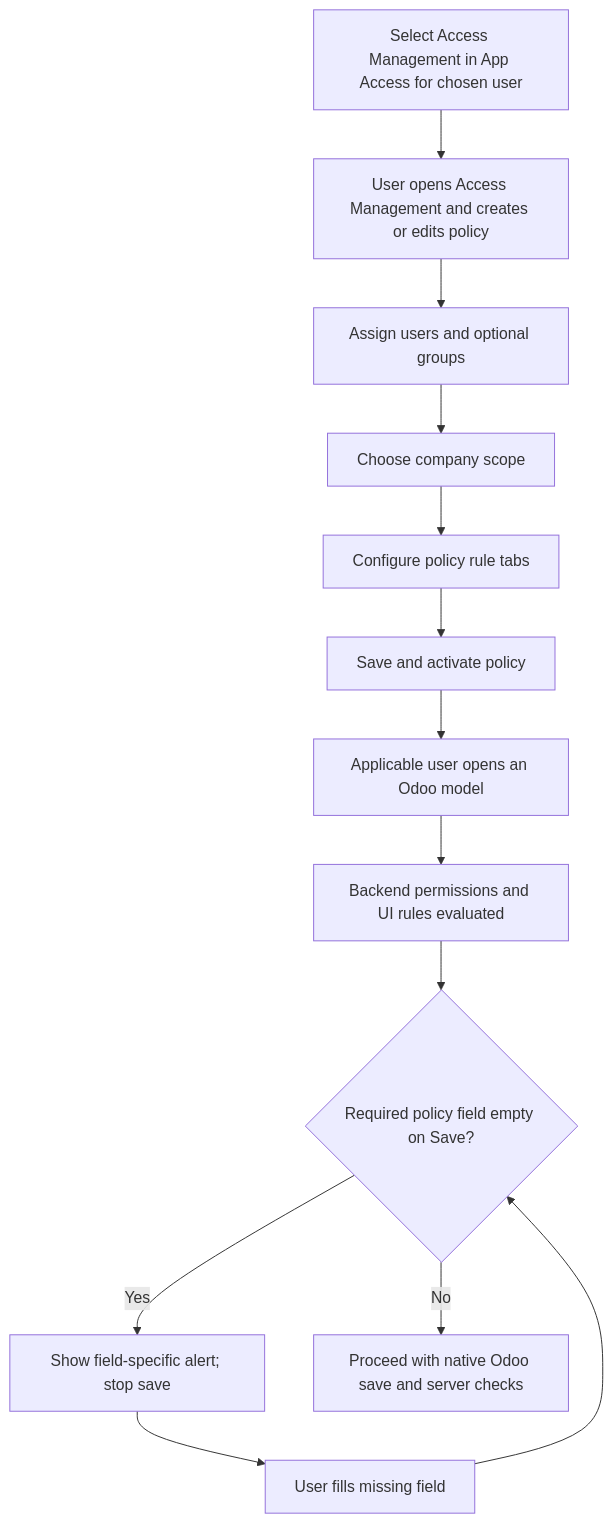
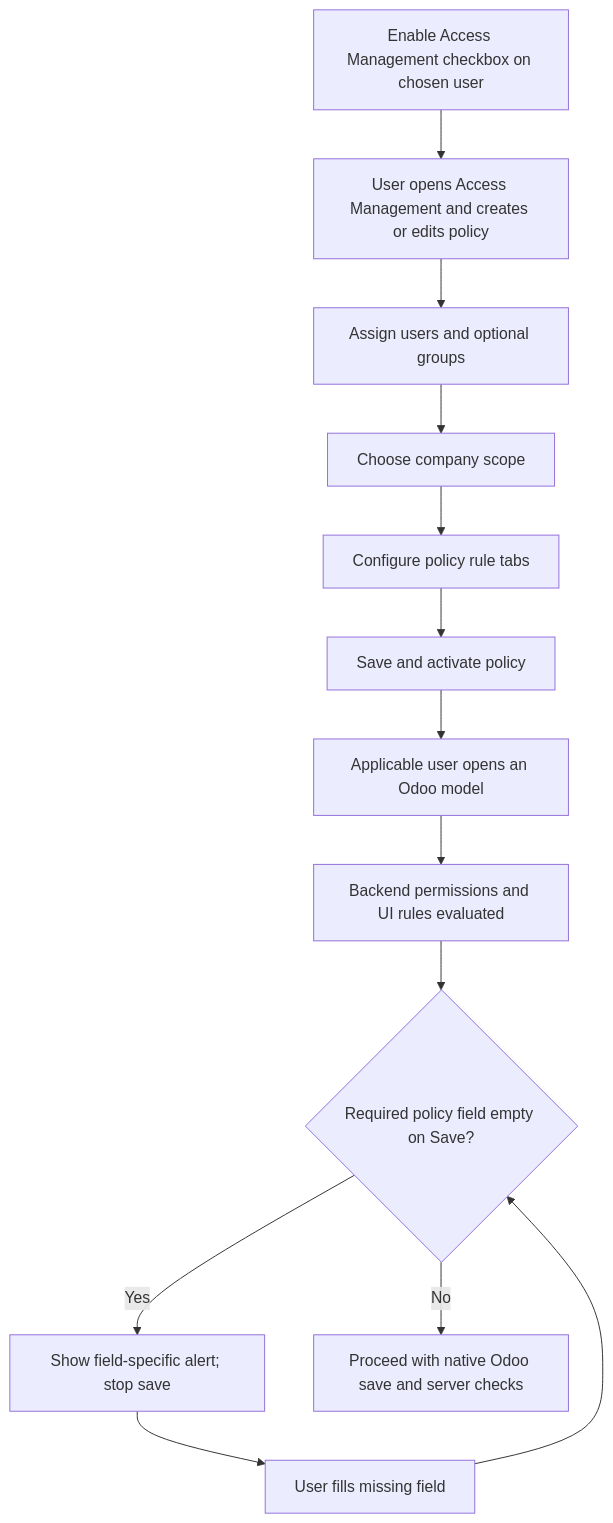
The diagram in permission_manager_basic/README.md (dev-lamia/custom19s), drawn with Mermaid before and after one commit. The commit also changed other lines of this file and 2 other files, not shown here.

````diff
--- a/permission_manager_basic/README.md
+++ b/permission_manager_basic/README.md
@@ -105,15 +104,15 @@
 ```mermaid
 flowchart TD
-    A[Select Access Management in App Access for chosen user] --> B[User opens Access Management and creates or edits policy]
+    A[Enable Access Management checkbox on chosen user] --> B[User opens Access Management and creates or edits policy]
     B --> C[Assign users and optional groups]
     C --> D[Choose company scope]
     D --> E[Configure policy rule tabs]
     E --> F[Save and activate policy]
     F --> G[Applicable user opens an Odoo model]
     G --> H[Backend permissions and UI rules evaluated]
     H --> I{Required policy field empty on Save?}
     I -->|Yes| J[Show field-specific alert; stop save]
     I -->|No| K[Proceed with native Odoo save and server checks]
     J --> L[User fills missing field]
     L --> I
 ```
````
